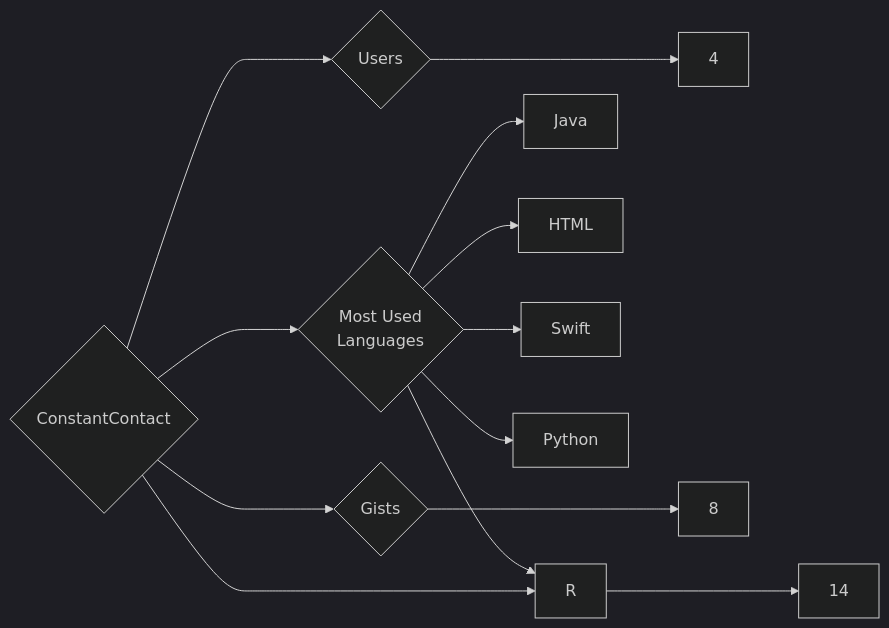
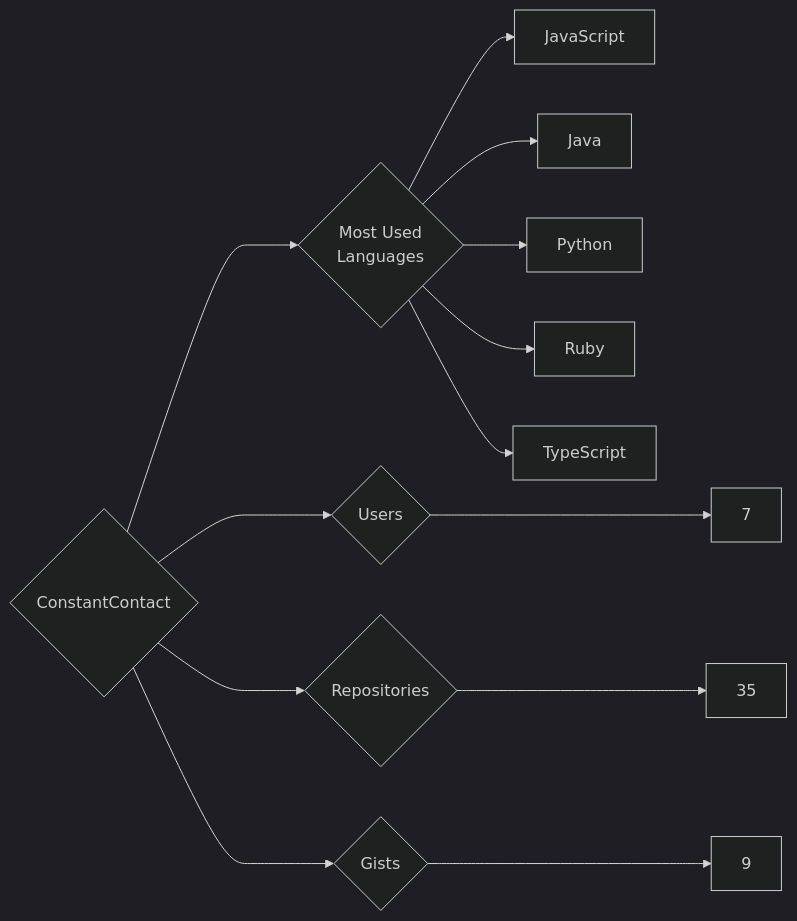
Before and after one commit to trickest/insiders: the diagram in targets/ConstantContact/README.md, drawn with Mermaid (dark theme). The commit also changed 1120 other files, not shown here.

````diff
--- a/targets/ConstantContact/README.md
+++ b/targets/ConstantContact/README.md
@@ -3,13 +3,13 @@
 ```mermaid
 graph LR
 COMPANY_NAME{ConstantContact}
-COMPANY_NAME ---> U{Users} ---> UN[4]
-COMPANY_NAME ---> R{Repositories} ---> RN[14]
-COMPANY_NAME ---> G{Gists} ---> GN[8]
+COMPANY_NAME ---> U{Users} ---> UN[7]
+COMPANY_NAME ---> R{Repositories} ---> RN[35]
+COMPANY_NAME ---> G{Gists} ---> GN[9]
 COMPANY_NAME ---> ML{Most Used<br>Languages}
+ML --> JavaScript[JavaScript]
 ML --> Java[Java]
-ML --> HTML[HTML]
-ML --> Swift[Swift]
-ML --> R[R]
 ML --> Python[Python]
+ML --> Ruby[Ruby]
+ML --> TypeScript[TypeScript]
 ```
````
